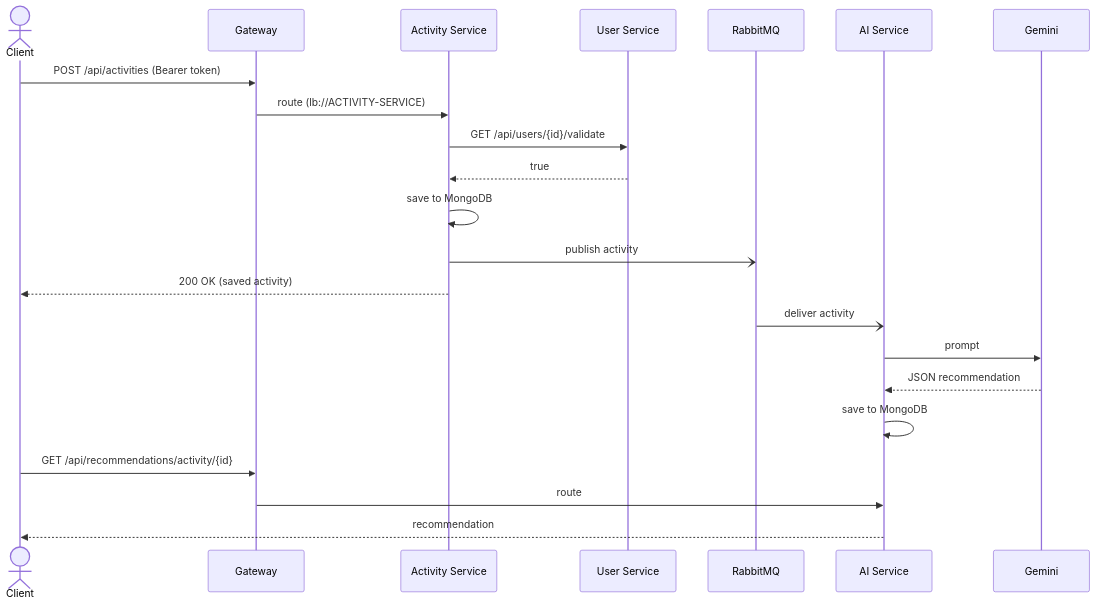
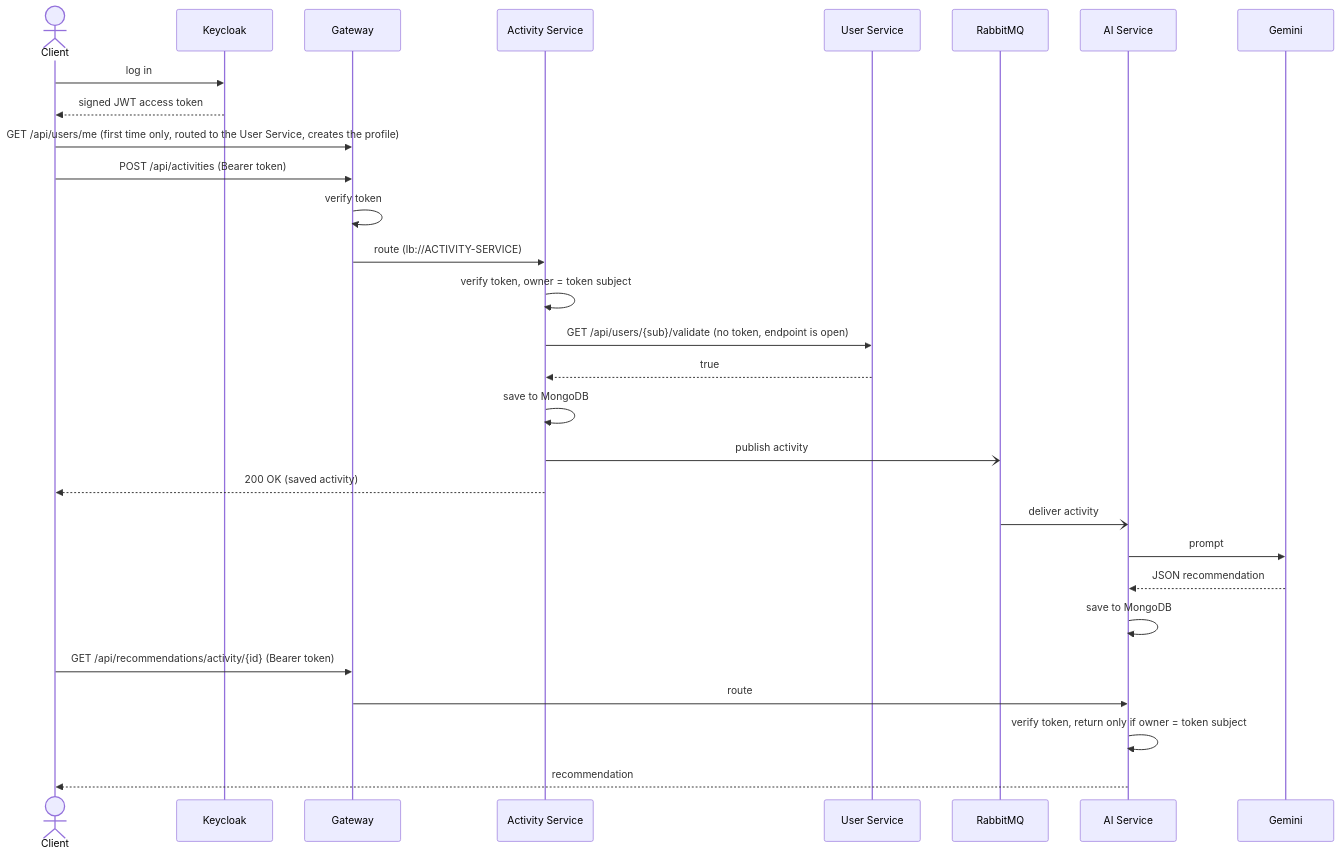
Before and after one commit to KaraboMatsepane/repwise: the second of 2 diagrams in README.md, drawn with Mermaid. The commit also changed other lines of this file and 7 other files, not shown here.

First line of the commit message:
feat: secure the AI service with Keycloak tokens and document the auth architecture

````diff
--- a/README.md
+++ b/README.md
@@ -64,25 +73,32 @@
 ```mermaid
 sequenceDiagram
     actor C as Client
+    participant K as Keycloak
     participant G as Gateway
     participant A as Activity Service
     participant U as User Service
     participant Q as RabbitMQ
     participant R as AI Service
     participant M as Gemini
 
+    C->>K: log in
+    K-->>C: signed JWT access token
+    C->>G: GET /api/users/me (first time only, routed to the User Service, creates the profile)
     C->>G: POST /api/activities (Bearer token)
+    G->>G: verify token
     G->>A: route (lb://ACTIVITY-SERVICE)
-    A->>U: GET /api/users/{id}/validate
+    A->>A: verify token, owner = token subject
+    A->>U: GET /api/users/{sub}/validate (no token, endpoint is open)
     U-->>A: true
     A->>A: save to MongoDB
     A-)Q: publish activity
     A-->>C: 200 OK (saved activity)
     Q-)R: deliver activity
     R->>M: prompt
     M-->>R: JSON recommendation
     R->>R: save to MongoDB
-    C->>G: GET /api/recommendations/activity/{id}
+    C->>G: GET /api/recommendations/activity/{id} (Bearer token)
     G->>R: route
+    R->>R: verify token, return only if owner = token subject
     R-->>C: recommendation
 ```
````
